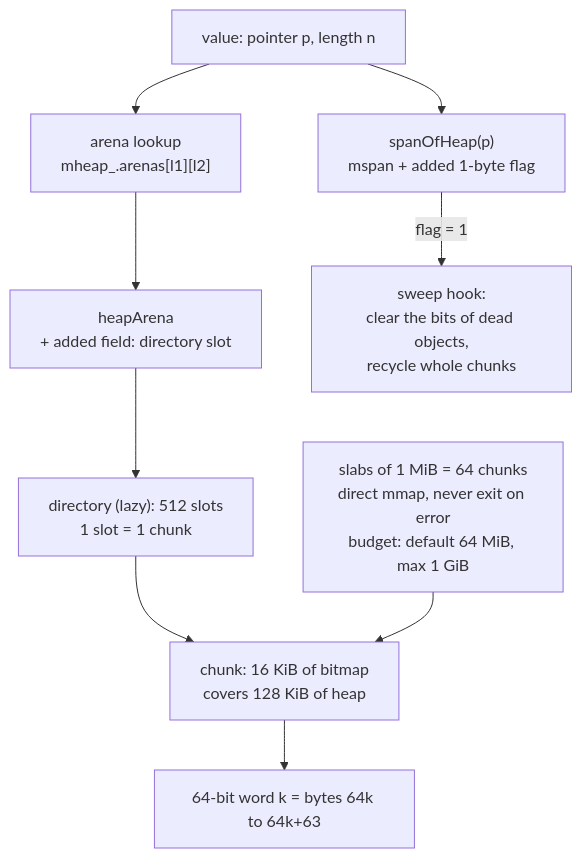
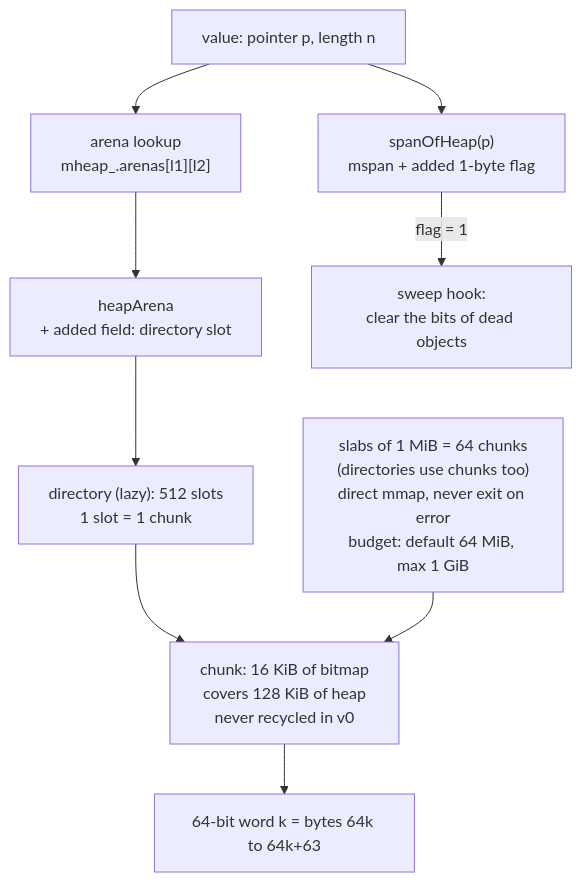
Before and after one commit to DataDog/dd-iast-go: the second of 7 diagrams in _docs/design/taint-tracking-v0.md, drawn with Mermaid. The commit also changed other lines of this file, not shown here.

````diff
--- a/_docs/design/taint-tracking-v0.md
+++ b/_docs/design/taint-tracking-v0.md
@@ -136,11 +136,11 @@
 ```mermaid
 flowchart TB
   P["value: pointer p, length n"] --> AL["arena lookup<br/>mheap_.arenas[l1][l2]"]
   AL --> HA["heapArena<br/>+ added field: directory slot"]
   HA --> DIR["directory (lazy): 512 slots<br/>1 slot = 1 chunk"]
-  DIR --> CH["chunk: 16 KiB of bitmap<br/>covers 128 KiB of heap"]
+  DIR --> CH["chunk: 16 KiB of bitmap<br/>covers 128 KiB of heap<br/>never recycled in v0"]
   CH --> W["64-bit word k = bytes 64k to 64k+63"]
   P --> SP["spanOfHeap(p)<br/>mspan + added 1-byte flag"]
-  SP -- "flag = 1" --> SW["sweep hook:<br/>clear the bits of dead objects,<br/>recycle whole chunks"]
-  SLAB["slabs of 1 MiB = 64 chunks<br/>direct mmap, never exit on error<br/>budget: default 64 MiB, max 1 GiB"] --> CH
+  SP -- "flag = 1" --> SW["sweep hook:<br/>clear the bits of dead objects"]
+  SLAB["slabs of 1 MiB = 64 chunks<br/>(directories use chunks too)<br/>direct mmap, never exit on error<br/>budget: default 64 MiB, max 1 GiB"] --> CH
 ```
````
